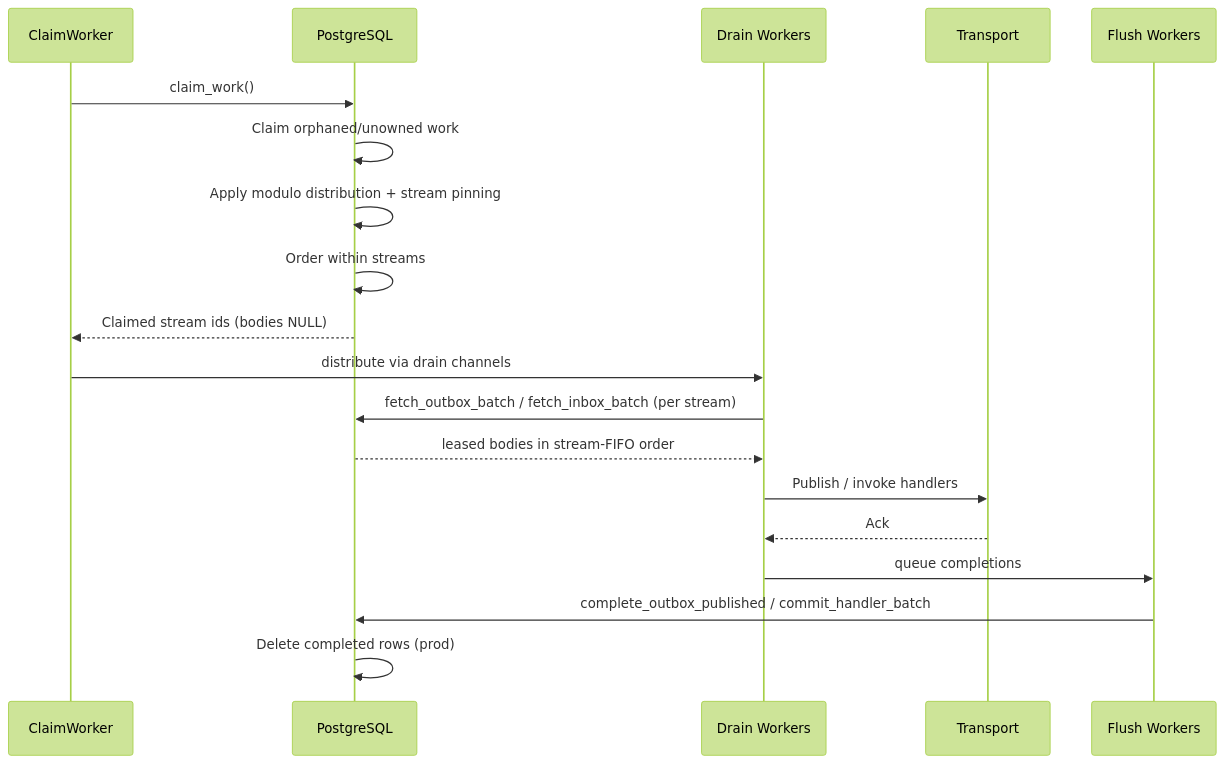
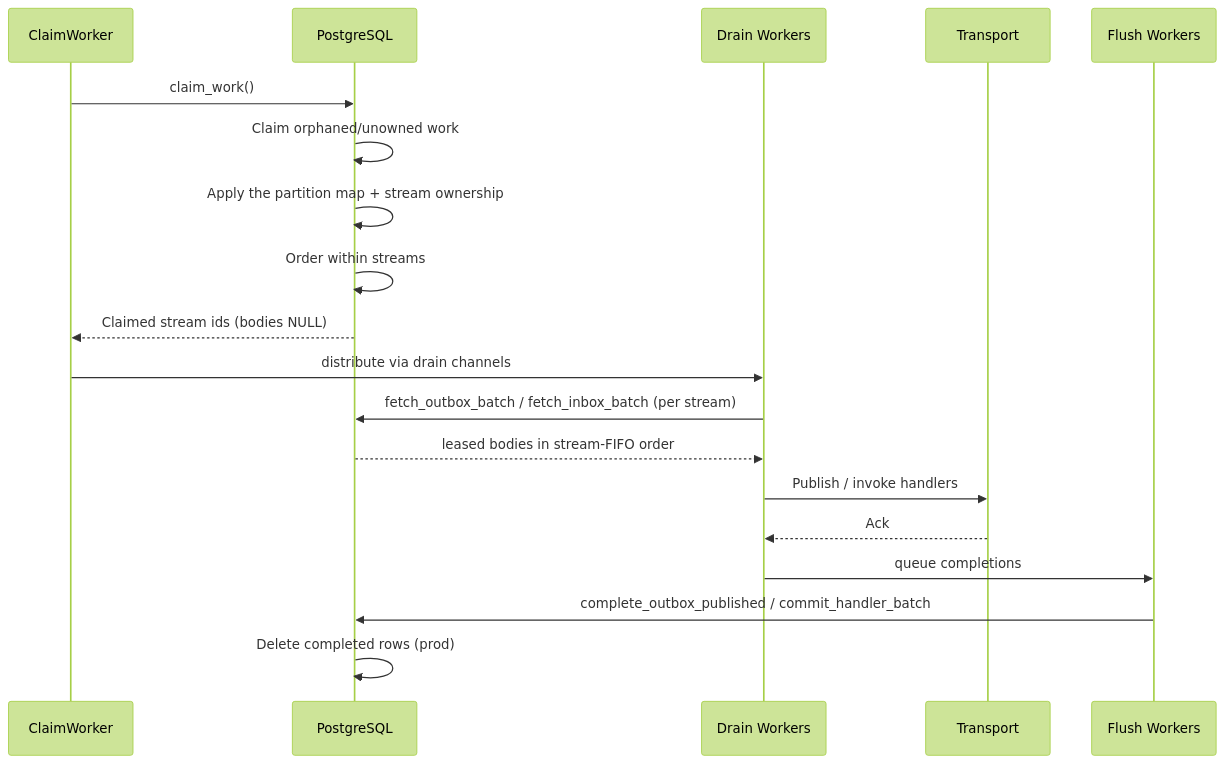
Before and after one commit to whizbang-lib/whizbang-lib.github.io: the third of 4 diagrams in src/assets/docs/v1.0.0/messaging/work-coordination.md, drawn with Mermaid (forest theme). The commit also changed other lines of this file and 1 other file, not shown here.

Commit message:
docs(messaging): stream ownership in both modes, the partition map in place of consistent hashing (#2554, #2555, #2558)

````diff
--- a/src/assets/docs/v1.0.0/messaging/work-coordination.md
+++ b/src/assets/docs/v1.0.0/messaging/work-coordination.md
@@ -188,24 +205,24 @@
 ```mermaid{caption="Normal work-pump cycle — claim_work leases and returns stream ids, drain workers fetch bodies in stream-FIFO order and publish or invoke handlers, then flush workers complete the rows."}
 sequenceDiagram
     participant CW as ClaimWorker
     participant DB as PostgreSQL
     participant DW as Drain Workers
     participant T as Transport
     participant FW as Flush Workers
 
     CW->>DB: claim_work()
     DB->>DB: Claim orphaned/unowned work
-    DB->>DB: Apply modulo distribution + stream pinning
+    DB->>DB: Apply the partition map + stream ownership
     DB->>DB: Order within streams
     DB-->>CW: Claimed stream ids (bodies NULL)
     CW->>DW: distribute via drain channels
 
     DW->>DB: fetch_outbox_batch / fetch_inbox_batch (per stream)
     DB-->>DW: leased bodies in stream-FIFO order
     DW->>T: Publish / invoke handlers
     T-->>DW: Ack
 
     DW->>FW: queue completions
     FW->>DB: complete_outbox_published / commit_handler_batch
     DB->>DB: Delete completed rows (prod)
 ```
````
